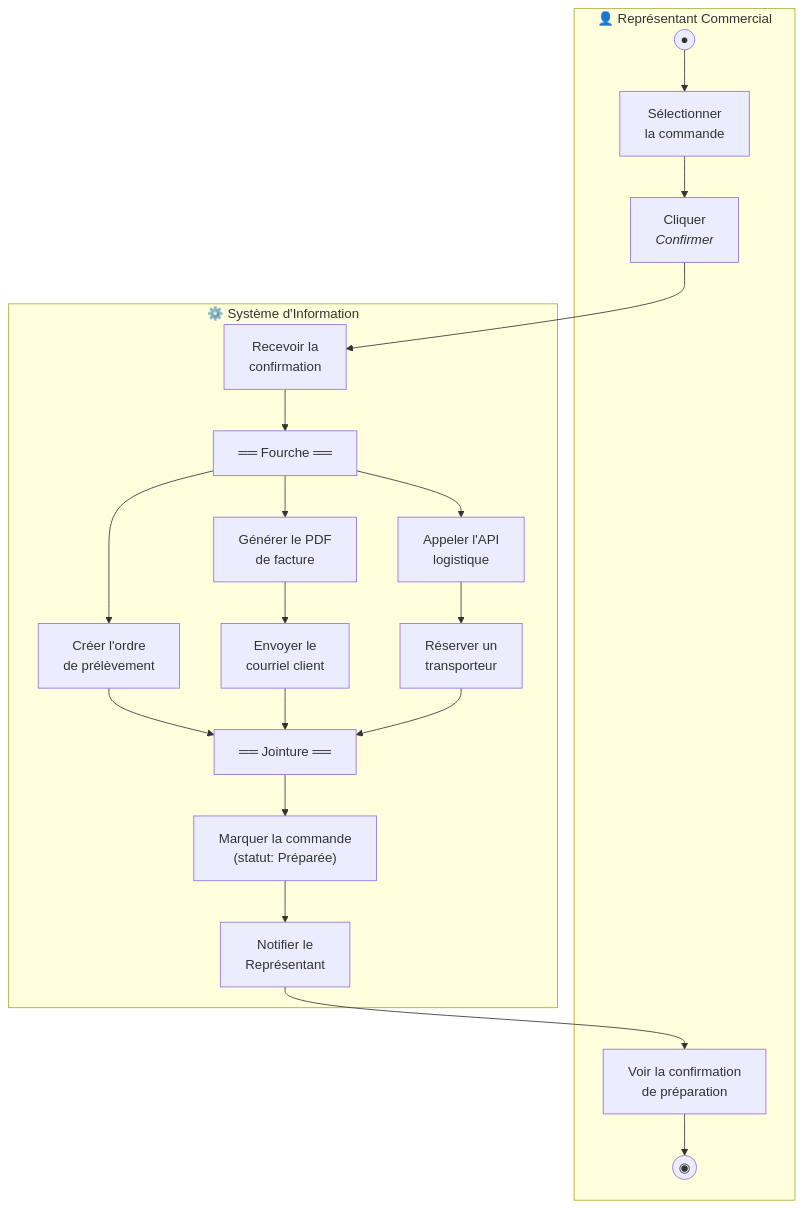
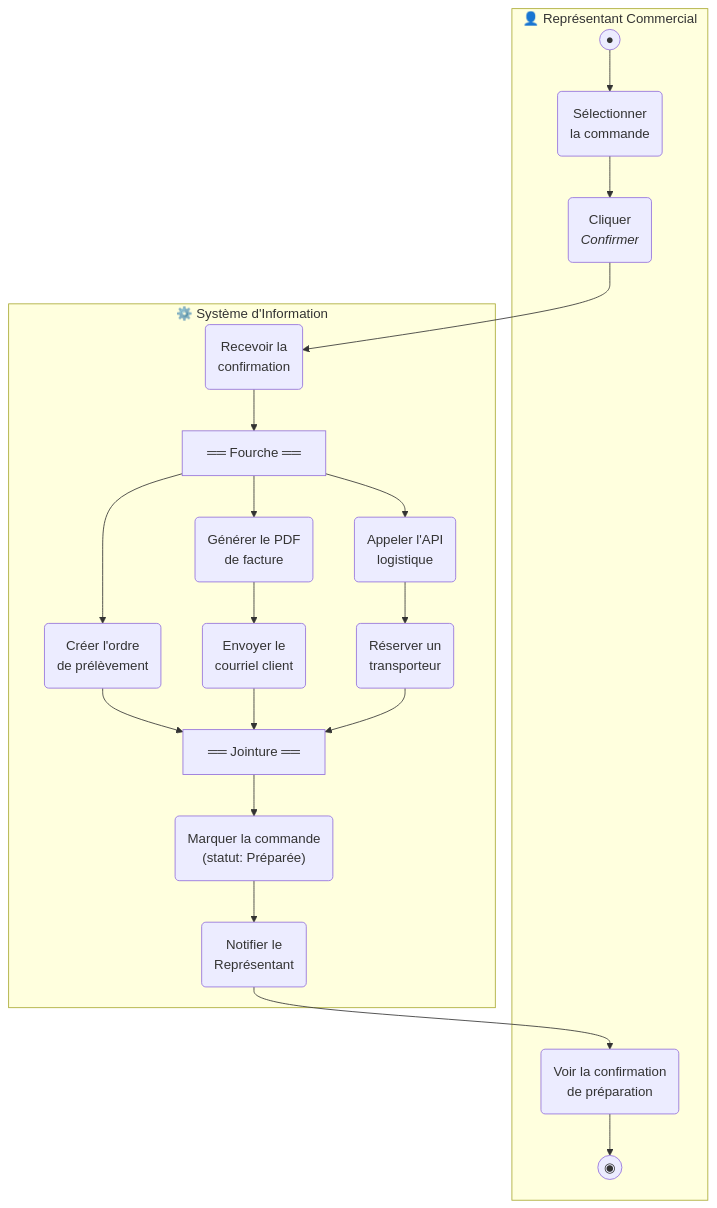
The fifth of 11 diagrams in UML/solutions/UML Activity Solutions.md (MATBMS/study-case-training), drawn with Mermaid before and after one commit. The commit also changed other lines of this file and 12 other files, not shown here.

````diff
--- a/UML/solutions/UML Activity Solutions.md
+++ b/UML/solutions/UML Activity Solutions.md
@@ -104,23 +201,23 @@
 ```mermaid
 flowchart TB
     subgraph REP ["👤 Représentant Commercial"]
-        I(("●")) --> A["Sélectionner<br/>la commande"]
-        A --> B["Cliquer<br/><i>Confirmer</i>"]
-        R["Voir la confirmation<br/>de préparation"] --> END(("◉"))
+        I(("●")) --> A("Sélectionner<br/>la commande")
+        A --> B("Cliquer<br/><i>Confirmer</i>")
+        R("Voir la confirmation<br/>de préparation") --> END(("◉"))
     end
     subgraph SI ["⚙️ Système d'Information"]
-        S0["Recevoir la<br/>confirmation"] --> FORK["══ Fourche ══"]
-        FORK --> S1a["Créer l'ordre<br/>de prélèvement"]
-        FORK --> S2a["Générer le PDF<br/>de facture"]
-        S2a --> S2b["Envoyer le<br/>courriel client"]
-        FORK --> S3a["Appeler l'API<br/>logistique"]
-        S3a --> S3b["Réserver un<br/>transporteur"]
+        S0("Recevoir la<br/>confirmation") --> FORK["══ Fourche ══"]
+        FORK --> S1a("Créer l'ordre<br/>de prélèvement")
+        FORK --> S2a("Générer le PDF<br/>de facture")
+        S2a --> S2b("Envoyer le<br/>courriel client")
+        FORK --> S3a("Appeler l'API<br/>logistique")
+        S3a --> S3b("Réserver un<br/>transporteur")
         S1a --> JOIN["══ Jointure ══"]
         S2b --> JOIN
         S3b --> JOIN
-        JOIN --> S4["Marquer la commande<br/>(statut: Préparée)"]
-        S4 --> S5["Notifier le<br/>Représentant"]
+        JOIN --> S4("Marquer la commande<br/>(statut: Préparée)")
+        S4 --> S5("Notifier le<br/>Représentant")
     end
     B --> S0
     S5 --> R
 ```
````
